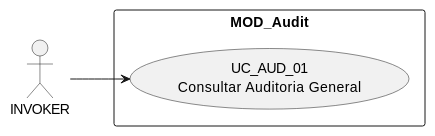
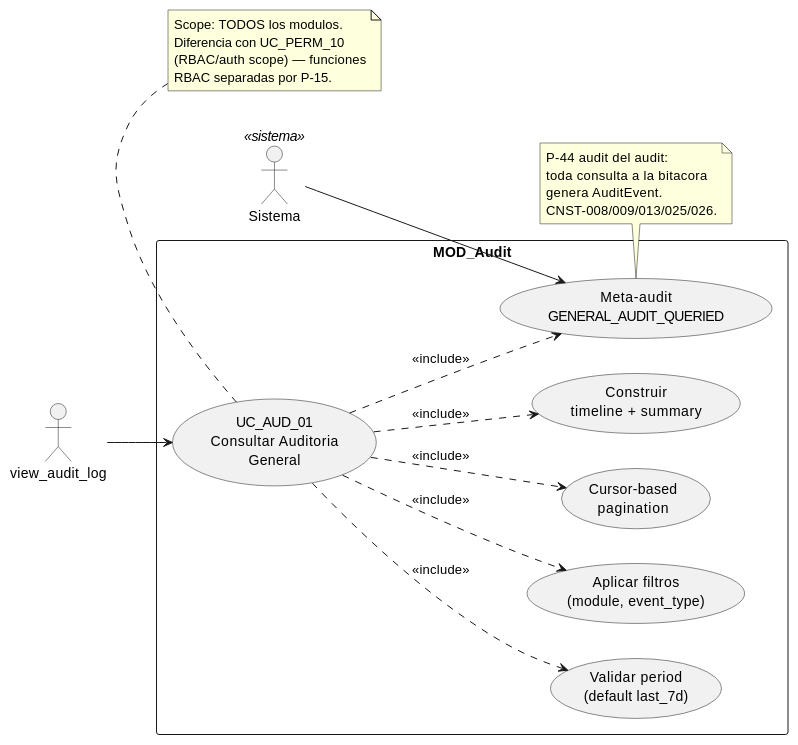
One commit to jcg-admin/IACT-docs changed the diagram in source/requisitos/casos-uso/audit/uc-aud-01/diagramas-uml/diagrama-de-caso-de-uso.rst. Above: the diagram before and after it, drawn with PlantUML. The commit also changed 9 other files, not shown here.

```diff
--- a/source/requisitos/casos-uso/audit/uc-aud-01/diagramas-uml/diagrama-de-caso-de-uso.rst
+++ b/source/requisitos/casos-uso/audit/uc-aud-01/diagramas-uml/diagrama-de-caso-de-uso.rst
@@ -4,22 +4,43 @@
 .. uml::
  :caption: UC_AUD_01 — actores y casos asociados
 
  @startuml
 
  left to right direction
 
- ' TODO (use-case-view-uml07-rebuild Nivel A): completar
- ' actores (INVOKER + beneficiarios + Sistema), sub-usecases
- ' (validaciones, side-effects, audit emit), relaciones
- ' (`<<include>>`, `<<extend>>`) y notas referenciando BRs/CNSTs.
- ' Ver patron canonico en uc-acc-01/diagramas-uml/diagrama-de-caso-de-uso.rst.
-
- actor "INVOKER" as INVOKER
+ actor "view_audit_log" as INVOKER
+ actor "Sistema" as Sistema <<sistema>>
 
  rectangle "MOD_Audit" {
-   usecase "UC_AUD_01\nConsultar Auditoria General" as UC_AUD_01
+   usecase "UC_AUD_01\nConsultar Auditoria\nGeneral" as UC_AUD_01
+   usecase "Validar period\n(default last_7d)" as VALIDAR_PERIOD
+   usecase "Aplicar filtros\n(module, event_type)" as FILTROS
+   usecase "Cursor-based\npagination" as PAGINACION
+   usecase "Construir\ntimeline + summary" as TIMELINE
+   usecase "Meta-audit\nGENERAL_AUDIT_QUERIED" as METAAUDIT
  }
 
  INVOKER --> UC_AUD_01
+ UC_AUD_01 ..> VALIDAR_PERIOD : <<include>>
+ UC_AUD_01 ..> FILTROS : <<include>>
+ UC_AUD_01 ..> PAGINACION : <<include>>
+ UC_AUD_01 ..> TIMELINE : <<include>>
+ UC_AUD_01 ..> METAAUDIT : <<include>>
+
+ Sistema --> METAAUDIT
+
+ note bottom of UC_AUD_01
+   Scope: TODOS los modulos.
+   Diferencia con UC_PERM_10
+   (RBAC/auth scope) — funciones
+   RBAC separadas por P-15.
+ end note
+
+ note bottom of METAAUDIT
+   P-44 audit del audit:
+   toda consulta a la bitacora
+   genera AuditEvent.
+   CNST-008/009/013/025/026.
+ end note
 
  @enduml
```
